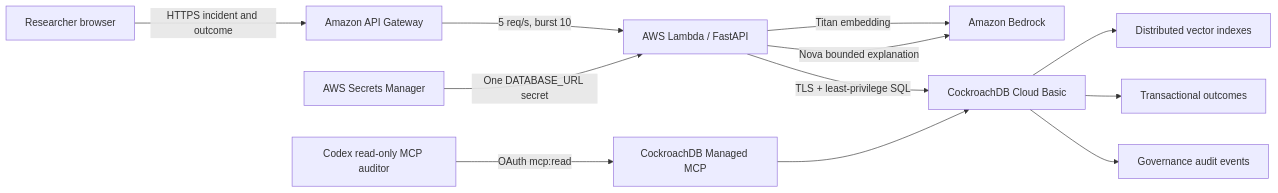
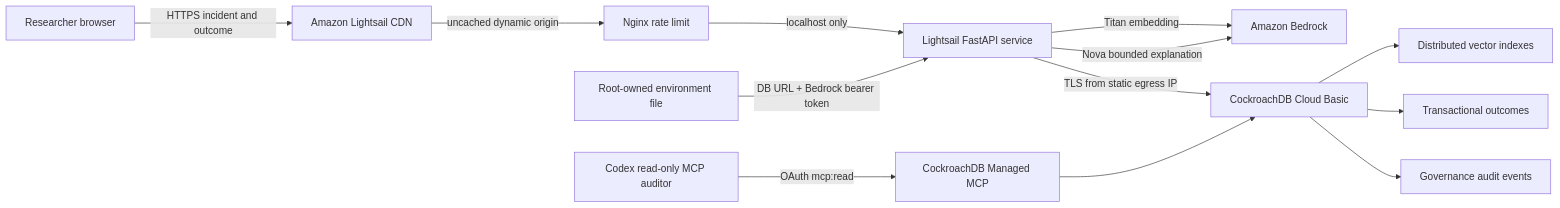
The diagram in docs/ARCHITECTURE.md (spectramaster/labrecall-ai), drawn with Mermaid before and after one commit. The commit also changed other lines of this file and 28 other files, not shown here.

````diff
--- a/docs/ARCHITECTURE.md
+++ b/docs/ARCHITECTURE.md
@@ -3,14 +3,15 @@
 ```mermaid
 flowchart LR
-    U["Researcher browser"] -->|"HTTPS incident and outcome"| G["Amazon API Gateway"]
-    G -->|"5 req/s, burst 10"| L["AWS Lambda / FastAPI"]
+    U["Researcher browser"] -->|"HTTPS incident and outcome"| D["Amazon Lightsail CDN"]
+    D -->|"uncached dynamic origin"| N["Nginx rate limit"]
+    N -->|"localhost only"| L["Lightsail FastAPI service"]
     L -->|"Titan embedding"| B["Amazon Bedrock"]
     L -->|"Nova bounded explanation"| B
-    L -->|"TLS + least-privilege SQL"| C["CockroachDB Cloud Basic"]
+    L -->|"TLS from static egress IP"| C["CockroachDB Cloud Basic"]
     C --> V["Distributed vector indexes"]
     C --> T["Transactional outcomes"]
     C --> A["Governance audit events"]
     S["Codex read-only MCP auditor"] -->|"OAuth mcp:read"| M["CockroachDB Managed MCP"]
     M --> C
-    K["AWS Secrets Manager"] -->|"One DATABASE_URL secret"| L
+    K["Root-owned environment file"] -->|"DB URL + Bedrock bearer token"| L
 ```
````
